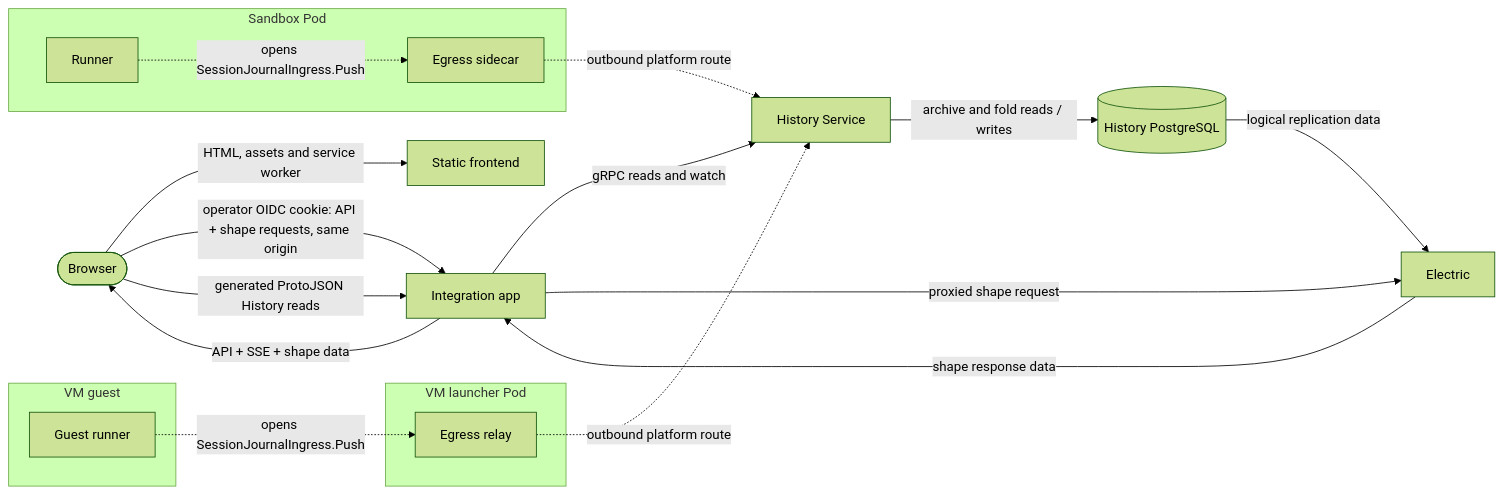
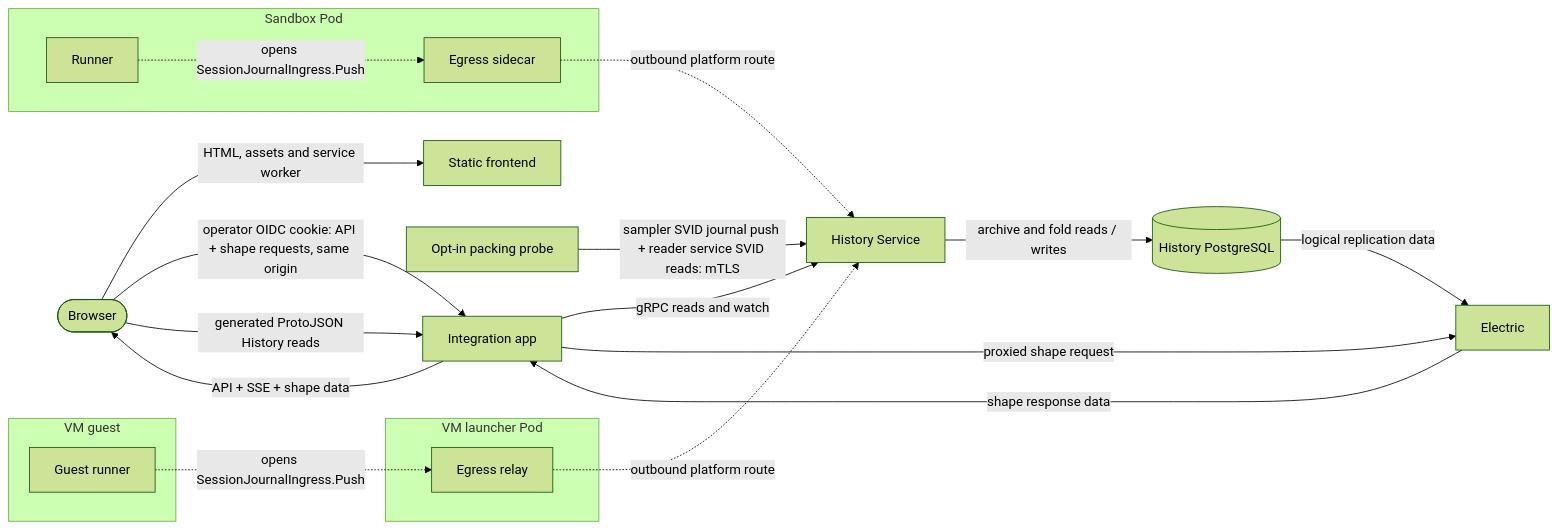
One commit to agentydragon/ducktape changed the tenth of 18 diagrams in agentplane/docs/system_overview.md. Above: the diagram before and after it, drawn with Mermaid (forest theme). The commit also changed 2 other files, not shown here.

Commit message:
Authenticate the History packing probe with service SVIDs

````diff
--- a/agentplane/docs/system_overview.md
+++ b/agentplane/docs/system_overview.md
@@ -593,33 +593,35 @@
 ```mermaid
 flowchart LR
     browser([Browser])
     frontend[Static frontend]
     app[Integration app]
     history[History Service]
+    probe[Opt-in packing probe]
     history_db[(History PostgreSQL)]
     electric[Electric]
     subgraph pod[Sandbox Pod]
         runner[Runner]
         sidecar[Egress sidecar]
     end
     subgraph vm_guest[VM guest]
         guest[Guest runner]
     end
     subgraph vm_pod[VM launcher Pod]
         relay[Egress relay]
     end
 
     browser -->|HTML, assets and service worker| frontend
     browser -->|operator OIDC cookie: API + shape requests, same origin| app
     browser -->|generated ProtoJSON History reads| app
     app -->|gRPC reads and watch| history
     app -->|proxied shape request| electric
     electric -->|shape response data| app
     app -->|API + SSE + shape data| browser
     runner -.->|opens SessionJournalIngress.Push| sidecar
     sidecar -.->|outbound platform route| history
     guest -.->|opens SessionJournalIngress.Push| relay
     relay -.->|outbound platform route| history
+    probe -->|sampler SVID journal push + reader service SVID reads: mTLS| history
     history -->|archive and fold reads / writes| history_db
     history_db -->|logical replication data| electric
 ```
````
